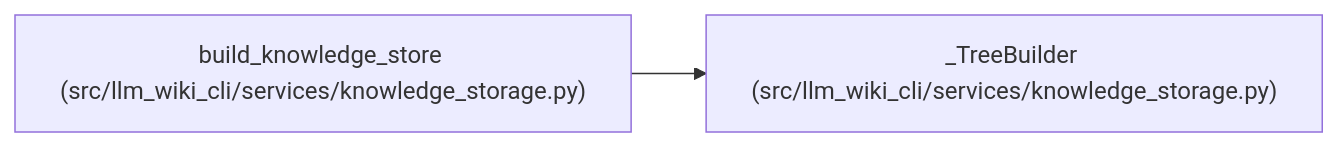
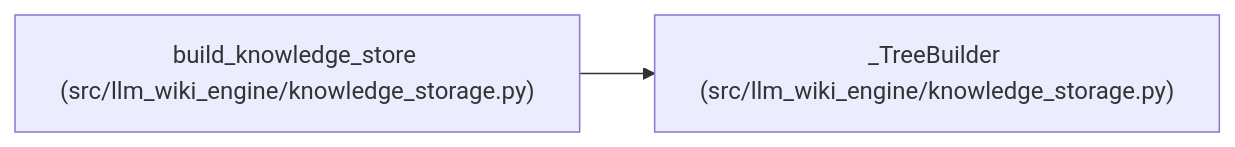
The diagram in docs/llm_wiki/entities/TreeBuilder.md (Denissvgn/python-wiki-llm), drawn with Mermaid before and after one commit. The commit also changed other lines of this file and 1058 other files, not shown here.

First line of the commit message:
docs: refresh the wiki for the knowledge store move

````diff
--- a/docs/llm_wiki/entities/TreeBuilder.md
+++ b/docs/llm_wiki/entities/TreeBuilder.md
@@ -27,8 +27,8 @@
 ```mermaid
 flowchart LR
-    n0["_TreeBuilder (src/llm_wiki_cli/services/knowledge_storage.py)"]
-    n1["build_knowledge_store (src/llm_wiki_cli/services/knowledge_storage.py)"]
+    n0["_TreeBuilder (src/llm_wiki_engine/knowledge_storage.py)"]
+    n1["build_knowledge_store (src/llm_wiki_engine/knowledge_storage.py)"]
     n1 --> n0
     click n0 "../modules/knowledge_storage.md"
     click n1 "../modules/knowledge_storage.md"
 ```
````
